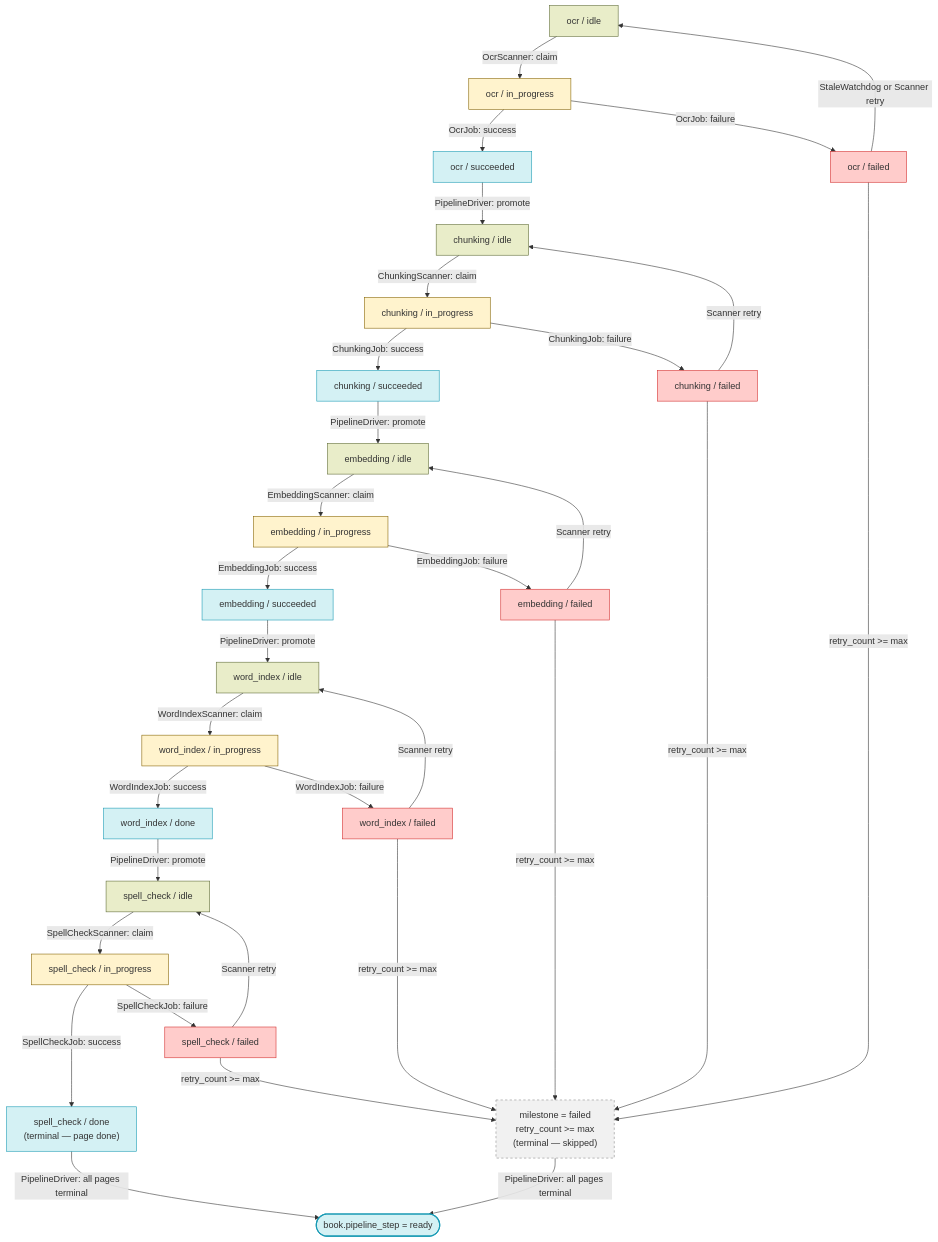
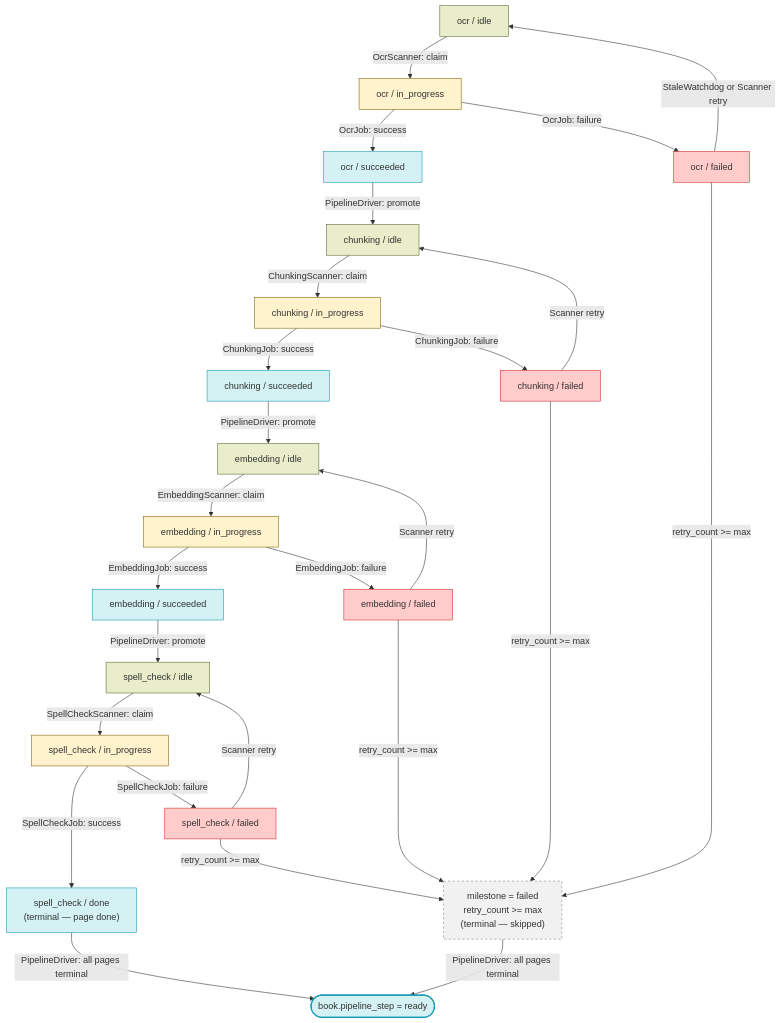
The diagram in docs/WORKER_DESIGN.md (Kitabim-AI/kitabim-ai), drawn with Mermaid before and after one commit. The commit also changed other lines of this file and 37 other files, not shown here.

Commit message:
removed word index feature

````diff
--- a/docs/WORKER_DESIGN.md
+++ b/docs/WORKER_DESIGN.md
@@ -262,75 +257,65 @@
 ```mermaid
 flowchart TD
     OCR_IDLE["ocr / idle"]
     OCR_IP["ocr / in_progress"]
     OCR_OK["ocr / succeeded"]
     OCR_FAIL["ocr / failed"]
     CHUNK_IDLE["chunking / idle"]
     CHUNK_IP["chunking / in_progress"]
     CHUNK_OK["chunking / succeeded"]
     CHUNK_FAIL["chunking / failed"]
     EMB_IDLE["embedding / idle"]
     EMB_IP["embedding / in_progress"]
     EMB_OK["embedding / succeeded"]
     EMB_FAIL["embedding / failed"]
-    INDEX_IDLE["word_index / idle"]
-    INDEX_IP["word_index / in_progress"]
-    INDEX_OK["word_index / done"]
-    INDEX_FAIL["word_index / failed"]
     SPELL_IDLE["spell_check / idle"]
     SPELL_IP["spell_check / in_progress"]
     SPELL_OK["spell_check / done\n(terminal — page done)"]
     SPELL_FAIL["spell_check / failed"]
     TERMINAL["milestone = failed\nretry_count >= max\n(terminal — skipped)"]
 
     OCR_IDLE -->|OcrScanner: claim| OCR_IP
     OCR_IP -->|OcrJob: success| OCR_OK
     OCR_IP -->|OcrJob: failure| OCR_FAIL
     OCR_FAIL -->|StaleWatchdog or Scanner retry| OCR_IDLE
     OCR_FAIL -->|retry_count >= max| TERMINAL
     OCR_OK -->|PipelineDriver: promote| CHUNK_IDLE
 
     CHUNK_IDLE -->|ChunkingScanner: claim| CHUNK_IP
     CHUNK_IP -->|ChunkingJob: success| CHUNK_OK
     CHUNK_IP -->|ChunkingJob: failure| CHUNK_FAIL
     CHUNK_FAIL -->|Scanner retry| CHUNK_IDLE
     CHUNK_FAIL -->|retry_count >= max| TERMINAL
     CHUNK_OK -->|PipelineDriver: promote| EMB_IDLE
 
     EMB_IDLE -->|EmbeddingScanner: claim| EMB_IP
     EMB_IP -->|EmbeddingJob: success| EMB_OK
     EMB_IP -->|EmbeddingJob: failure| EMB_FAIL
     EMB_FAIL -->|Scanner retry| EMB_IDLE
     EMB_FAIL -->|retry_count >= max| TERMINAL
-    EMB_OK -->|PipelineDriver: promote| INDEX_IDLE
+    EMB_OK -->|PipelineDriver: promote| SPELL_IDLE
 
-    INDEX_IDLE -->|WordIndexScanner: claim| INDEX_IP
-    INDEX_IP -->|WordIndexJob: success| INDEX_OK
-    INDEX_IP -->|WordIndexJob: failure| INDEX_FAIL
-    INDEX_FAIL -->|Scanner retry| INDEX_IDLE
-    INDEX_FAIL -->|retry_count >= max| TERMINAL
-    INDEX_OK -->|PipelineDriver: promote| SPELL_IDLE
 
     SPELL_IDLE -->|SpellCheckScanner: claim| SPELL_IP
     SPELL_IP -->|SpellCheckJob: success| SPELL_OK
     SPELL_IP -->|SpellCheckJob: failure| SPELL_FAIL
     SPELL_FAIL -->|Scanner retry| SPELL_IDLE
     SPELL_FAIL -->|retry_count >= max| TERMINAL
 
     SPELL_OK -->|PipelineDriver: all pages terminal| BookReady([book.pipeline_step = ready])
     TERMINAL -->|PipelineDriver: all pages terminal| BookReady
 
     classDef idle fill:#e9edc9,stroke:#606c38
     classDef active fill:#fff3cd,stroke:#856404
     classDef done fill:#d4f1f4,stroke:#189ab4
     classDef fail fill:#ffcccb,stroke:#d32f2f
     classDef terminal fill:#f1f1f1,stroke:#888,stroke-dasharray:4 4
     classDef book fill:#d4f1f4,stroke:#189ab4,stroke-width:2px
 
-    class OCR_IDLE,CHUNK_IDLE,EMB_IDLE,INDEX_IDLE,SPELL_IDLE idle
-    class OCR_IP,CHUNK_IP,EMB_IP,INDEX_IP,SPELL_IP active
-    class OCR_OK,CHUNK_OK,EMB_OK,INDEX_OK,SPELL_OK done
-    class OCR_FAIL,CHUNK_FAIL,EMB_FAIL,INDEX_FAIL,SPELL_FAIL fail
+    class OCR_IDLE,CHUNK_IDLE,EMB_IDLE,SPELL_IDLE idle
+    class OCR_IP,CHUNK_IP,EMB_IP,SPELL_IP active
+    class OCR_OK,CHUNK_OK,EMB_OK,SPELL_OK done
+    class OCR_FAIL,CHUNK_FAIL,EMB_FAIL,SPELL_FAIL fail
     class TERMINAL terminal
     class BookReady book
 ```
````
